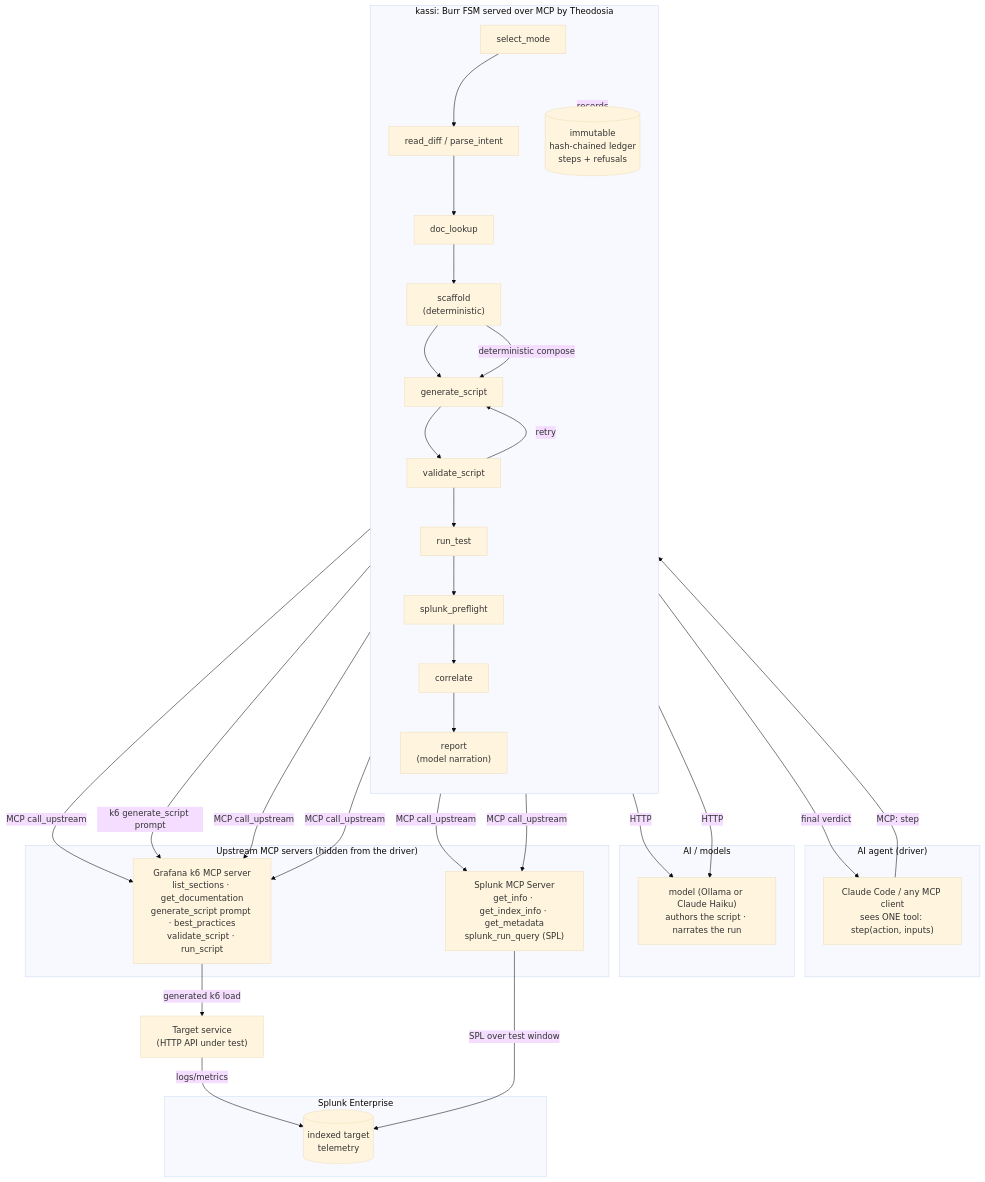
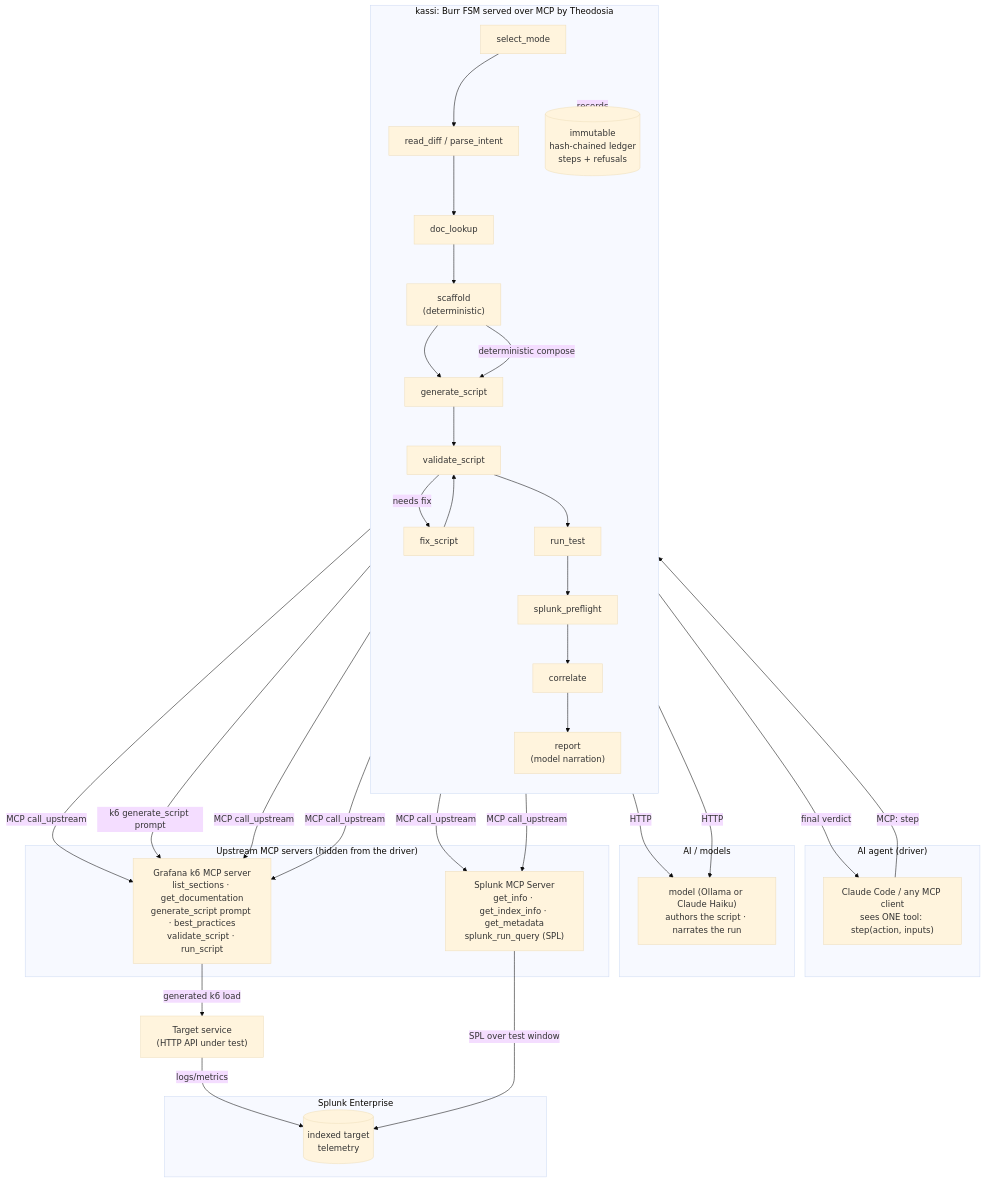
Before and after one commit to msradam/kassi: the diagram in architecture_diagram.md, drawn with Mermaid (base theme). The commit also changed 12 other files, not shown here.

````diff
--- a/architecture_diagram.md
+++ b/architecture_diagram.md
@@ -9,52 +9,53 @@
 ```mermaid
 flowchart TB
     subgraph Driver["AI agent (driver)"]
         A["Claude Code / any MCP client<br/>sees ONE tool: step(action, inputs)"]
     end
 
     subgraph Kassi["kassi: Burr FSM served over MCP by Theodosia"]
         direction TB
         SM["select_mode"] --> RD["read_diff / parse_intent"]
         RD --> DL["doc_lookup"]
         DL --> SC["scaffold<br/>(deterministic)"]
         SC --> GS["generate_script"]
         GS --> VS["validate_script"]
-        VS -->|retry| GS
+        VS -->|needs fix| FX["fix_script"]
+        FX --> VS
         VS --> RT["run_test"]
         RT --> PF["splunk_preflight"]
         PF --> CO["correlate"]
         CO --> RP["report<br/>(model narration)"]
         LEDGER[("immutable<br/>hash-chained ledger<br/>steps + refusals")]
     end
 
     subgraph AI["AI / models"]
         LLM["model (Ollama or Claude Haiku)<br/>authors the script · narrates the run"]
     end
 
     subgraph Upstreams["Upstream MCP servers (hidden from the driver)"]
         K6["Grafana k6 MCP server<br/>list_sections · get_documentation<br/>generate_script prompt · best_practices<br/>validate_script · run_script"]
         SPL["Splunk MCP Server<br/>get_info · get_index_info · get_metadata<br/>splunk_run_query (SPL)"]
     end
 
     subgraph Splunk["Splunk Enterprise"]
         IDX[("indexed target<br/>telemetry")]
     end
 
     TARGET["Target service<br/>(HTTP API under test)"]
 
     A -->|MCP: step| SM
     Kassi -.records.-> LEDGER
     DL -->|MCP call_upstream| K6
     SC -->|deterministic compose| GS
     GS -->|k6 generate_script prompt| K6
     GS -->|HTTP| LLM
     RP -->|HTTP| LLM
     VS -->|MCP call_upstream| K6
     RT -->|MCP call_upstream| K6
     K6 -->|generated k6 load| TARGET
     TARGET -->|logs/metrics| IDX
     PF -->|MCP call_upstream| SPL
     CO -->|MCP call_upstream| SPL
     SPL -->|SPL over test window| IDX
     RP -->|final verdict| A
 ```
````
